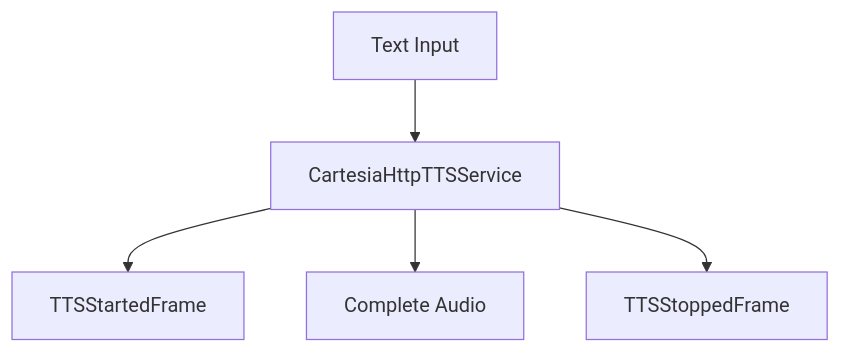
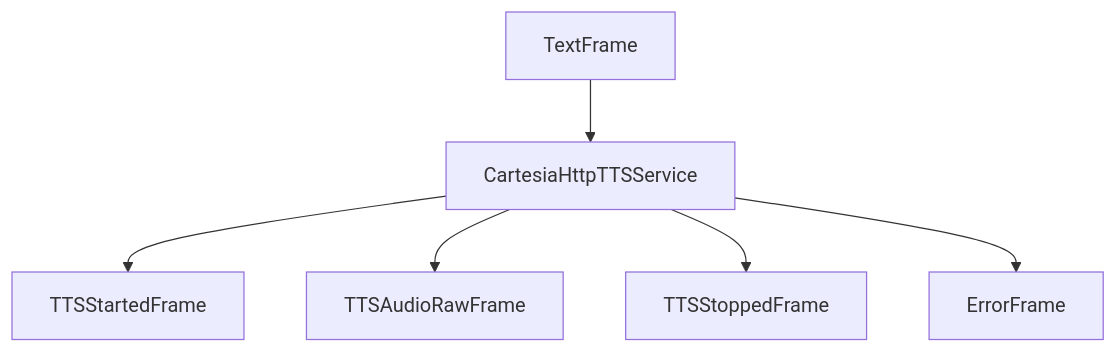
Before and after one commit to pipecat-ai/docs: the second of 2 diagrams in api-reference/services/tts/cartesia.mdx, drawn with Mermaid. The commit also changed other lines of this file and 25 other files, not shown here.

Commit message:
Clean up Frame Flow diagrams

````diff
--- a/api-reference/services/tts/cartesia.mdx
+++ b/api-reference/services/tts/cartesia.mdx
@@ -202,7 +203,8 @@
 ```mermaid
 graph TD
-    A[Text Input] --> B[CartesiaHttpTTSService]
+    A[TextFrame] --> B[CartesiaHttpTTSService]
     B --> C[TTSStartedFrame]
-    B --> D[Complete Audio]
+    B --> D[TTSAudioRawFrame]
     B --> E[TTSStoppedFrame]
+    B --> F[ErrorFrame]
 ```
````
